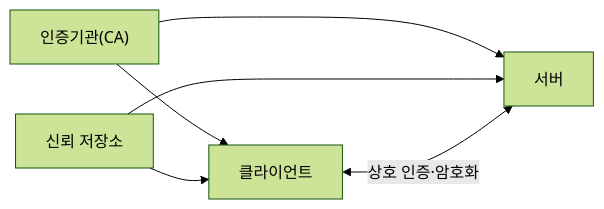
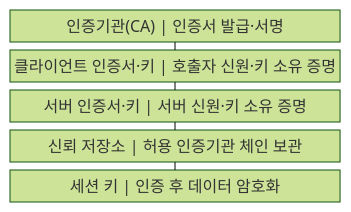
The first of 2 diagrams in src/content/docs/notes/04-network/031_mtls_mutual_tls.md (agnusdei1207/knowledge-base), drawn with Mermaid (forest theme) before and after one commit. The commit also changed other lines of this file and 20 other files, not shown here.

````diff
--- a/src/content/docs/notes/04-network/031_mtls_mutual_tls.md
+++ b/src/content/docs/notes/04-network/031_mtls_mutual_tls.md
@@ -49,8 +49,13 @@
 ```mermaid
-flowchart LR
-  C["인증기관(CA)"] --> A["클라이언트"]
-  C --> S["서버"]
-  T["신뢰 저장소"] --> A
-  T --> S
-  A <-->|"상호 인증·암호화"| S
+block
+    columns 1
+    A["인증기관(CA) | 인증서 발급·서명"]
+    B["클라이언트 인증서·키 | 호출자 신원·키 소유 증명"]
+    C["서버 인증서·키 | 서버 신원·키 소유 증명"]
+    D["신뢰 저장소 | 허용 인증기관 체인 보관"]
+    E["세션 키 | 인증 후 데이터 암호화"]
+    A --- B
+    B --- C
+    C --- D
+    D --- E
 ```
````
